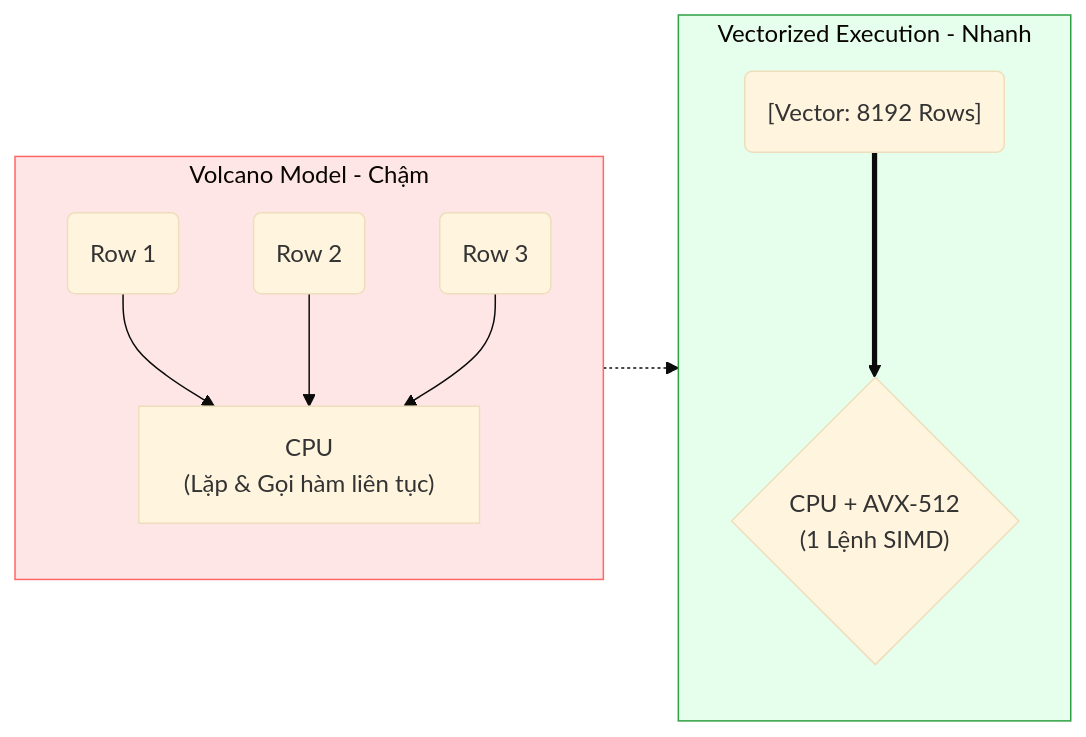
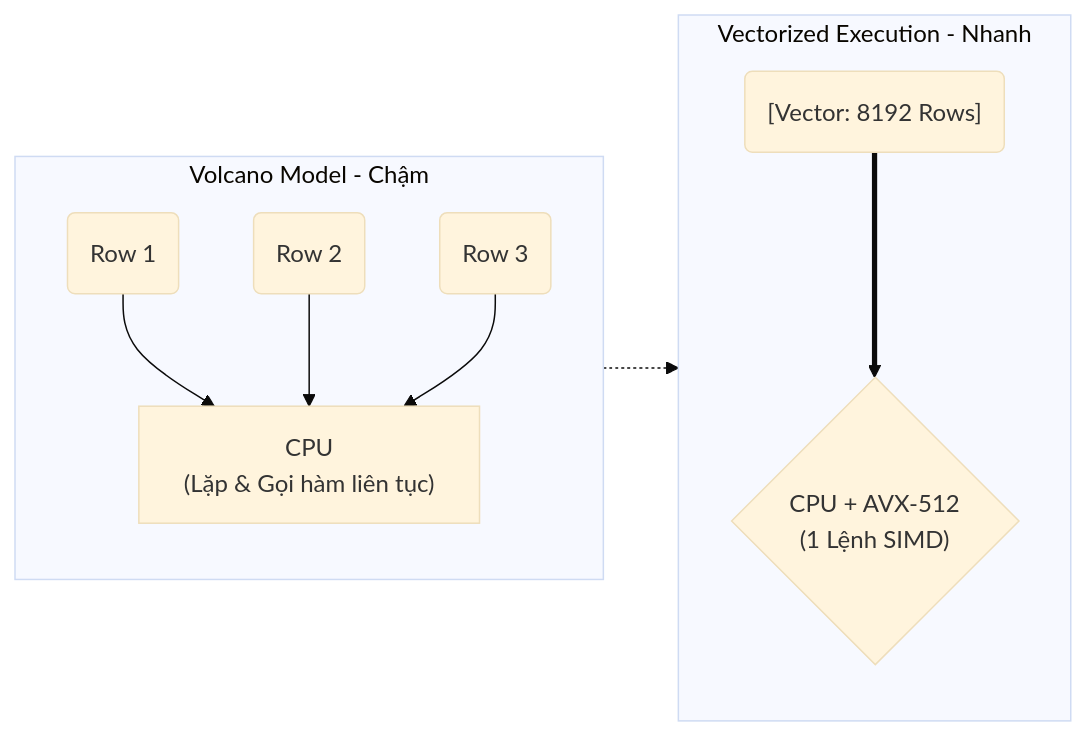
The first of 2 diagrams in src/content/docs/concepts/3-storage-engines-formats/olap.md (kythuatdulieu/kythuatdulieu.github.io), drawn with Mermaid (base theme) before and after one commit. The commit also changed other lines of this file and 682 other files, not shown here.

````diff
--- a/src/content/docs/concepts/3-storage-engines-formats/olap.md
+++ b/src/content/docs/concepts/3-storage-engines-formats/olap.md
@@ -40,17 +40,16 @@
 ```mermaid
 flowchart LR
     subgraph Row_Based["Volcano Model - Chậm"]
         direction TB
         R1("Row 1") --> CPU1["CPU \n (Lặp & Gọi hàm liên tục)"]
         R2("Row 2") --> CPU1
         R3("Row 3") --> CPU1
     end
 
     subgraph Vectorized["Vectorized Execution - Nhanh"]
         V1("[Vector: 8192 Rows]") ===> CPU2{"CPU + AVX-512 \n (1 Lệnh SIMD)"}
     end
     Row_Based -.-> Vectorized
-    
-    style Row_Based fill:#ffe6e6,stroke:#ff6666
-    style Vectorized fill:#e6ffed,stroke:#2ea043
+
+
 ```
````
